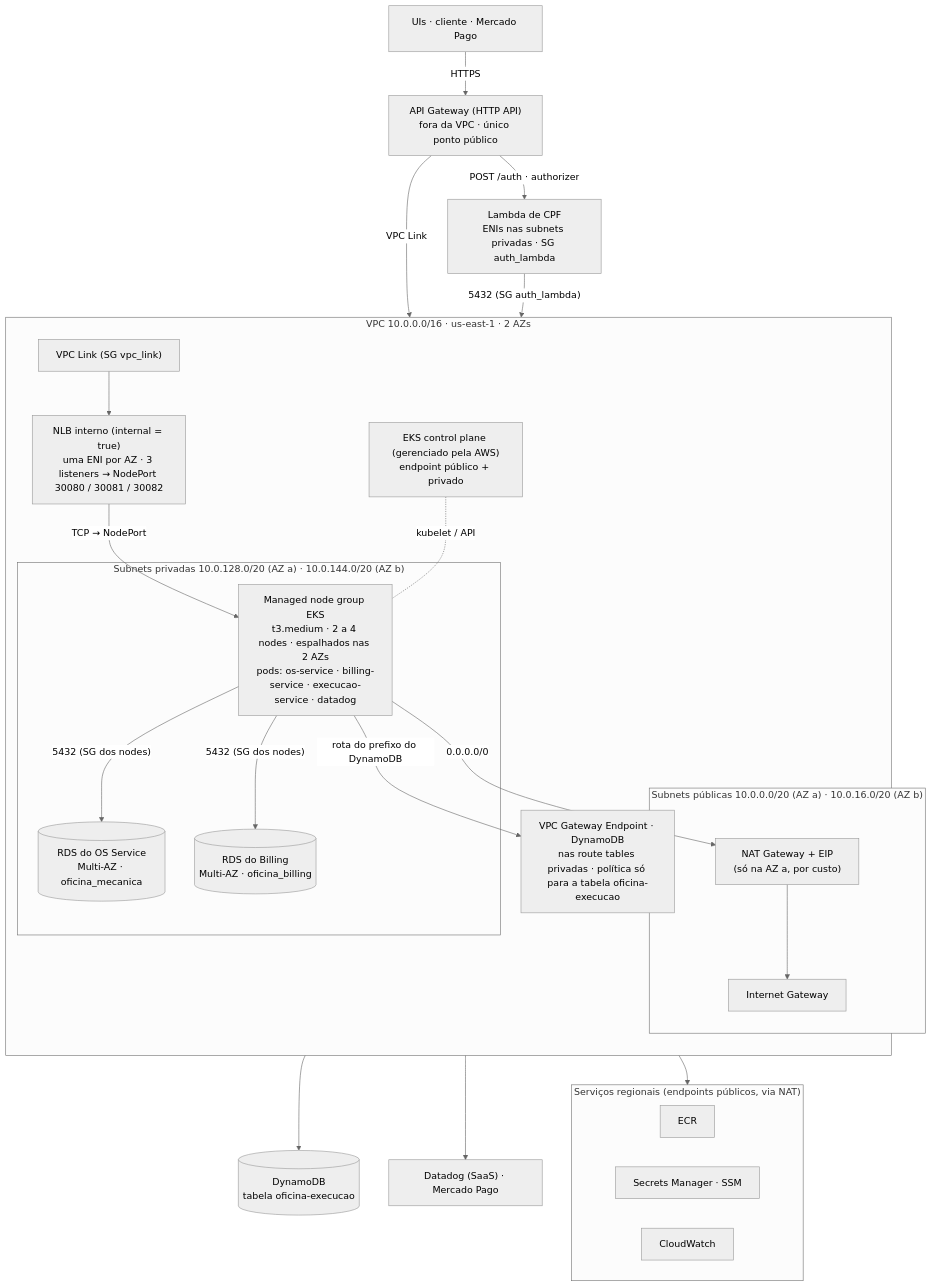
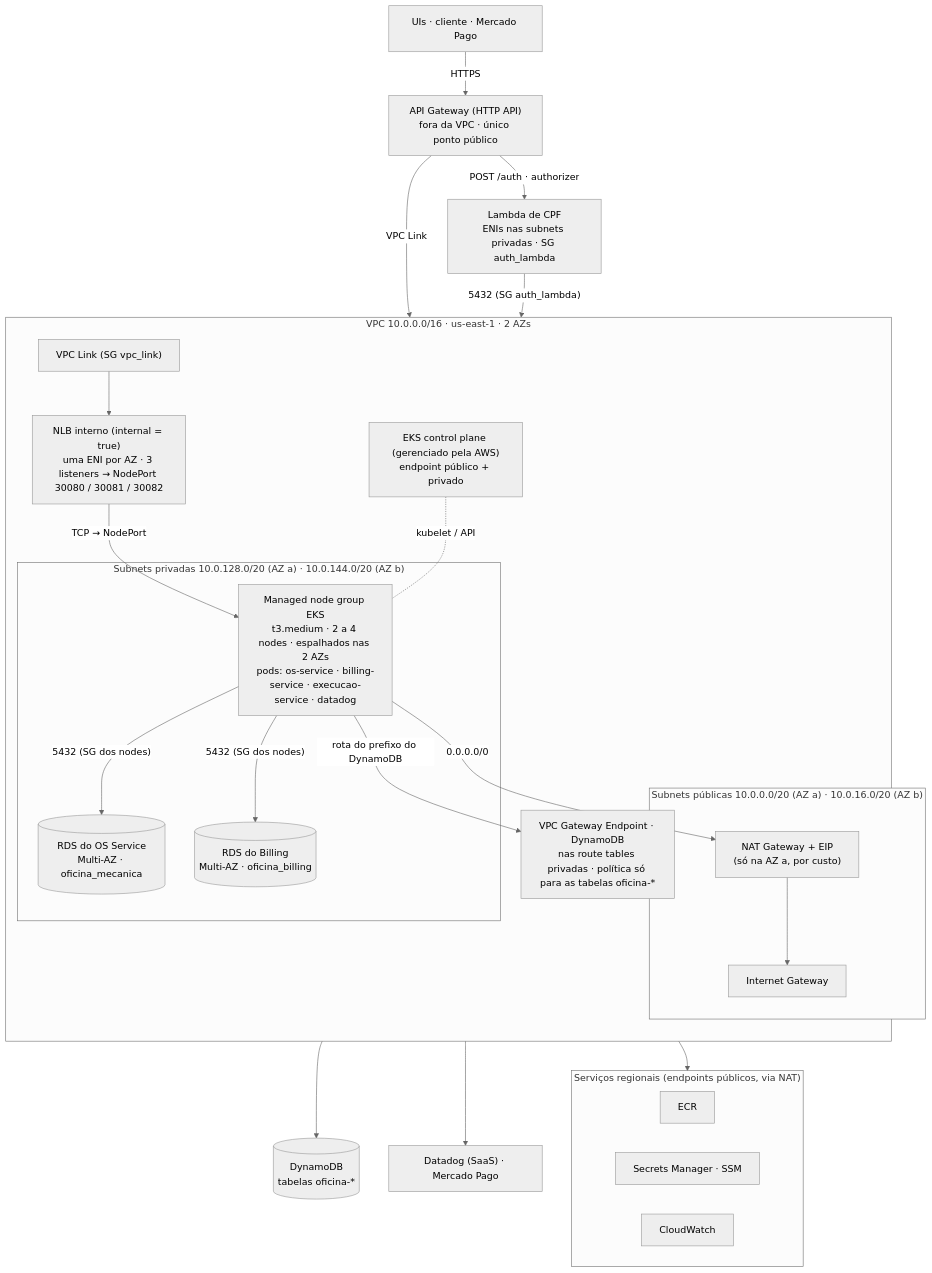
The second of 8 diagrams in docs/arquitetura/arquitetura-fase4.md (guilhermeqmaia/soat-fiap-oficina-os-service), drawn with Mermaid (neutral theme) before and after one commit. The commit also changed other lines of this file and 12 other files, not shown here.

````diff
--- a/docs/arquitetura/arquitetura-fase4.md
+++ b/docs/arquitetura/arquitetura-fase4.md
@@ -113,47 +113,47 @@
 ```mermaid
 flowchart TB
     USERS["UIs · cliente · Mercado Pago"]
     GW["API Gateway (HTTP API)<br/>fora da VPC · único ponto público"]
     LAMBDA["Lambda de CPF<br/>ENIs nas subnets privadas · SG auth_lambda"]
 
     subgraph VPC["VPC 10.0.0.0/16 · us-east-1 · 2 AZs"]
         direction TB
         VPCLINK["VPC Link (SG vpc_link)"]
         NLB["NLB interno (internal = true)<br/>uma ENI por AZ · 3 listeners → NodePort 30080 / 30081 / 30082"]
 
         subgraph PUB["Subnets públicas 10.0.0.0/20 (AZ a) · 10.0.16.0/20 (AZ b)"]
             IGW["Internet Gateway"]
             NAT["NAT Gateway + EIP<br/>(só na AZ a, por custo)"]
         end
 
         subgraph PRIV["Subnets privadas 10.0.128.0/20 (AZ a) · 10.0.144.0/20 (AZ b)"]
             NODES["Managed node group EKS<br/>t3.medium · 2 a 4 nodes · espalhados nas 2 AZs<br/>pods: os-service · billing-service · execucao-service · datadog"]
             RDSOS[("RDS do OS Service<br/>Multi-AZ · oficina_mecanica")]
             RDSBI[("RDS do Billing<br/>Multi-AZ · oficina_billing")]
         end
 
-        VPCE["VPC Gateway Endpoint · DynamoDB<br/>nas route tables privadas · política só para a tabela oficina-execucao"]
+        VPCE["VPC Gateway Endpoint · DynamoDB<br/>nas route tables privadas · política só para as tabelas oficina-*"]
 
         CP["EKS control plane (gerenciado pela AWS)<br/>endpoint público + privado"]
     end
 
-    DYN[("DynamoDB<br/>tabela oficina-execucao")]
+    DYN[("DynamoDB<br/>tabelas oficina-*")]
     subgraph REG["Serviços regionais (endpoints públicos, via NAT)"]
         ECR["ECR"]
         SM["Secrets Manager · SSM"]
         CW["CloudWatch"]
     end
     EXT["Datadog (SaaS) · Mercado Pago"]
 
     USERS -- "HTTPS" --> GW
     GW -- "POST /auth · authorizer" --> LAMBDA
     GW -- "VPC Link" --> VPCLINK --> NLB
     NLB -- "TCP → NodePort" --> NODES
     NODES -- "5432 (SG dos nodes)" --> RDSOS & RDSBI
     LAMBDA -- "5432 (SG auth_lambda)" --> RDSOS
     NODES -- "rota do prefixo do DynamoDB" --> VPCE --> DYN
     CP -. "kubelet / API" .- NODES
     NODES -- "0.0.0.0/0" --> NAT --> IGW
     IGW --> REG
     IGW --> EXT
 ```
````
